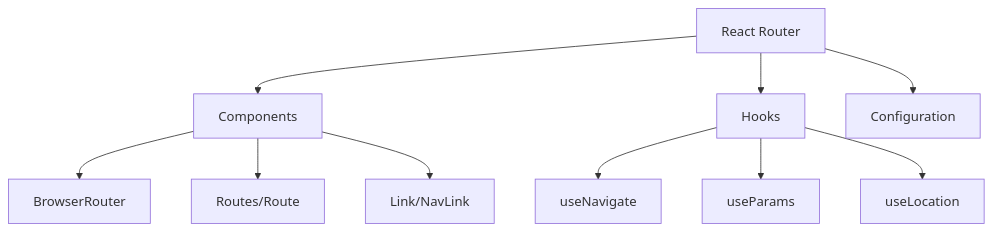
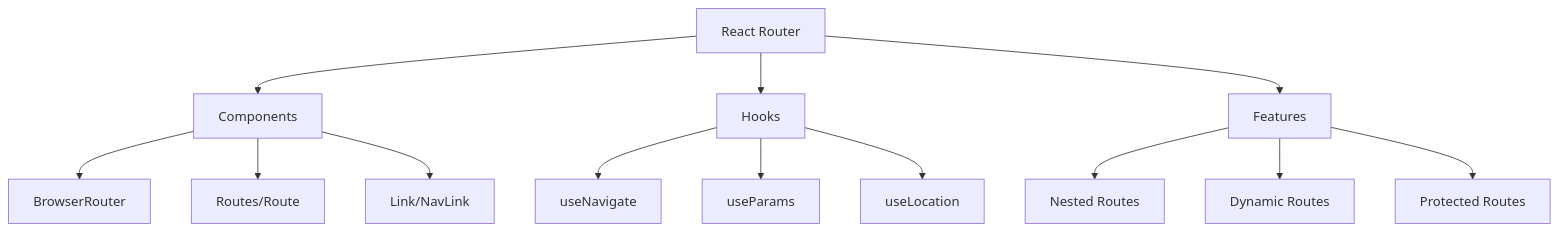
The diagram in apps/fe-docs/pages/interview/react/8-routing.mdx (KRISACHAN/ying-web), drawn with Mermaid before and after one commit. The commit also changed other lines of this file and 12 other files, not shown here.

````diff
--- a/apps/fe-docs/pages/interview/react/8-routing.mdx
+++ b/apps/fe-docs/pages/interview/react/8-routing.mdx
@@ -9,12 +9,15 @@
 ```mermaid
 graph TD
     A[React Router] --> B[Components]
     A --> C[Hooks]
-    A --> D[Configuration]
+    A --> D[Features]
     B --> E[BrowserRouter]
     B --> F[Routes/Route]
     B --> G[Link/NavLink]
     C --> H[useNavigate]
     C --> I[useParams]
     C --> J[useLocation]
+    D --> K[Nested Routes]
+    D --> L[Dynamic Routes]
+    D --> M[Protected Routes]
 ```
````
